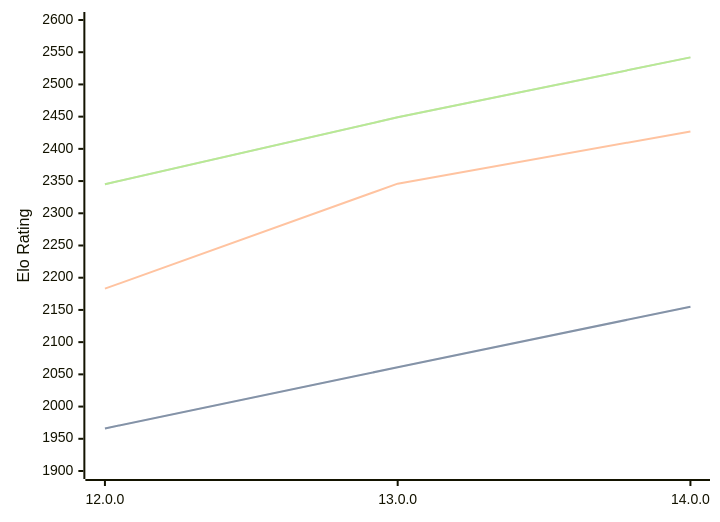
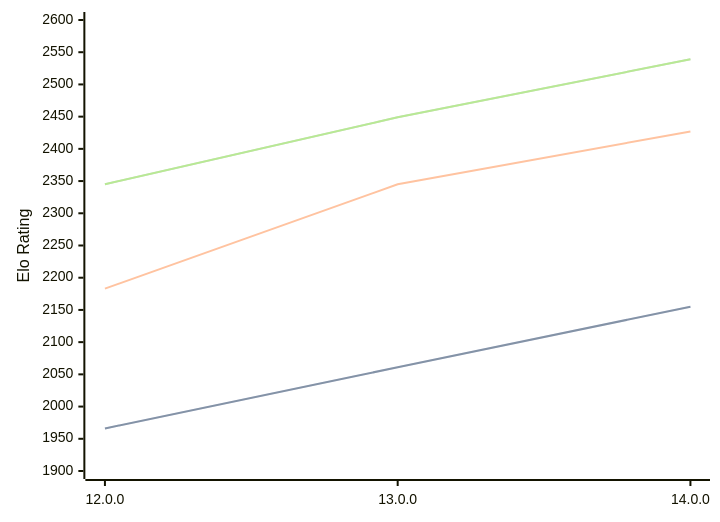
The diagram in engines/Cepimetheus.md (computer-chess-index/cci), drawn with Mermaid before and after one commit. The commit also changed other lines of this file, not shown here.

Commit message:
Update CCI Ratings (ELO VLTC) - 2026-08-03

````diff
--- a/engines/Cepimetheus.md
+++ b/engines/Cepimetheus.md
@@ -65,11 +66,11 @@
 ```mermaid
 %%{init: {"theme":"base","themeVariables":{"seriesColors:['#a3a3a3','#222221','#faa371']}}}%%
 xychart-beta
   x-axis ["12.0.0", "13.0.0", "14.0.0"]
   y-axis "Elo Rating" 1900 --> 2600
   line "STC (8.0+0.08s)" [1966, 2061, 2155]
   line "STC (8.0+0.08s)" [1966, 2061, 2155]
-  line "LTC (60.0+0.60s)" [2183, 2346, 2427]
-  line "VLTC (2m24s+1.12s)" [2345, 2449, 2542]
-  line "VLTC (2m24s+1.12s)" [2345, 2449, 2542]
+  line "LTC (60.0+0.60s)" [2183, 2345, 2427]
+  line "VLTC (2m24s+1.12s)" [2345, 2449, 2539]
+  line "VLTC (2m24s+1.12s)" [2345, 2449, 2539]
 ```
````
